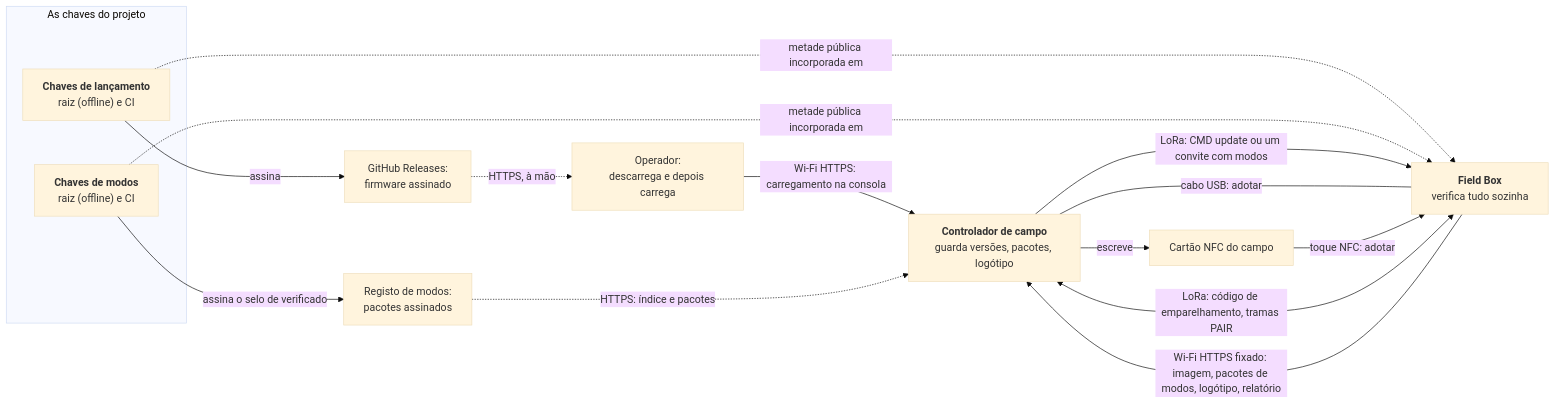
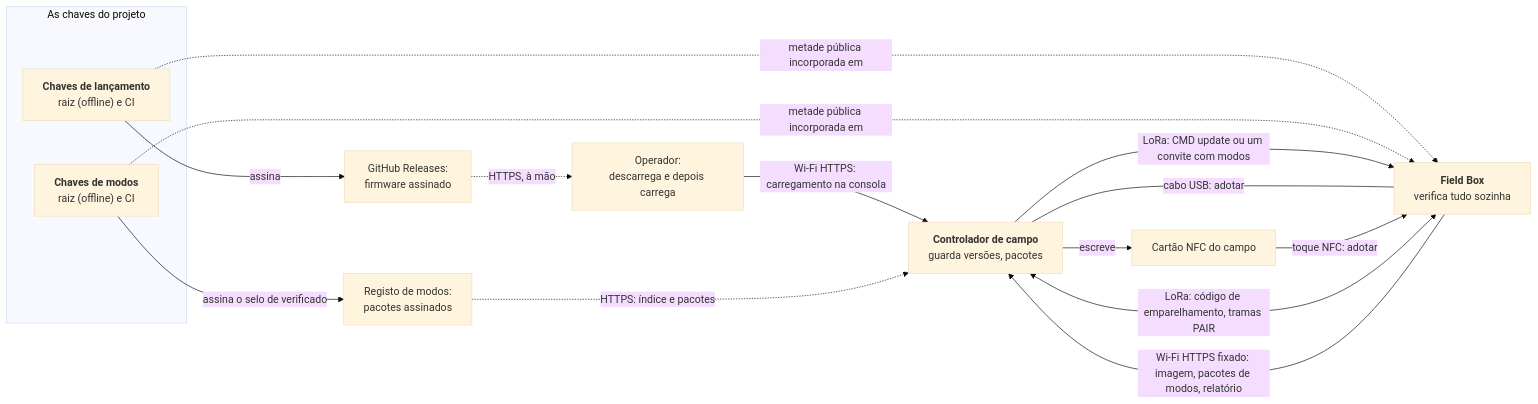
One commit to vakaobr/atalaia-project changed the sixth of 7 diagrams in docs/architecture.pt.md. Above: the diagram before and after it, drawn with Mermaid (base theme). The commit also changed other lines of this file and 25 other files, not shown here.

First line of the commit message:
Roadmap, README, STATUS files, SECURITY.md, architecture and manuals brought up to date with the security review, the privacy work and the legal positions

````diff
--- a/docs/architecture.pt.md
+++ b/docs/architecture.pt.md
@@ -402,30 +427,30 @@
 ```mermaid
 flowchart LR
     subgraph keys["As chaves do projeto"]
         rk["`**Chaves de lançamento**
 raiz (offline) e CI`"]
         mk["`**Chaves de modos**
 raiz (offline) e CI`"]
     end
     gh["GitHub Releases:<br/>firmware assinado"]
     reg["Registo de modos:<br/>pacotes assinados"]
     op["Operador:<br/>descarrega e depois carrega"]
     ctrl["`**Controlador de campo**
-guarda versões, pacotes, logótipo`"]
+guarda versões, pacotes`"]
     box["`**Field Box**
 verifica tudo sozinha`"]
     card["Cartão NFC do campo"]
     rk -->|"assina"| gh
     mk -->|"assina o selo de verificado"| reg
     rk -.->|"metade pública incorporada em"| box
     mk -.->|"metade pública incorporada em"| box
     gh -.->|"HTTPS, à mão"| op
     op -->|"Wi-Fi HTTPS: carregamento na consola"| ctrl
     reg -.->|"HTTPS: índice e pacotes"| ctrl
     ctrl -->|"LoRa: CMD update ou um convite com modos"| box
-    box -->|"Wi-Fi HTTPS fixado: imagem, pacotes de modos, logótipo, relatório"| ctrl
+    box -->|"Wi-Fi HTTPS fixado: imagem, pacotes de modos, relatório"| ctrl
     ctrl ---|"cabo USB: adotar"| box
     ctrl -->|"escreve"| card
     card -->|"toque NFC: adotar"| box
     ctrl <-->|"LoRa: código de emparelhamento, tramas PAIR"| box
 ```
````
